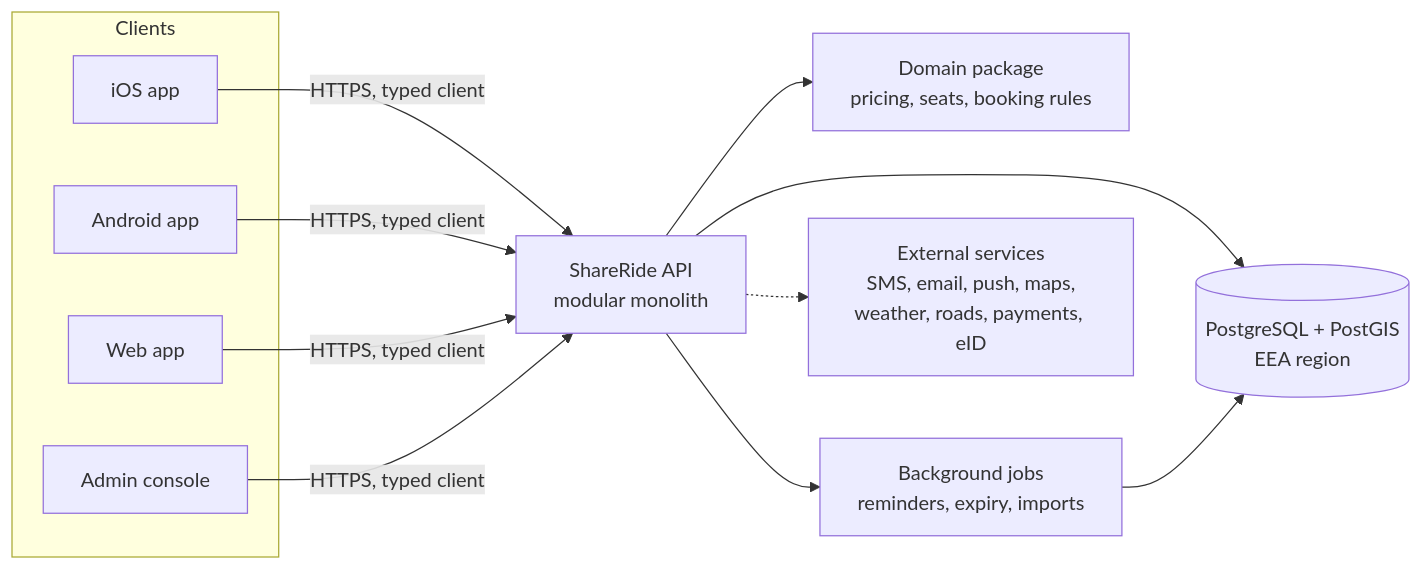
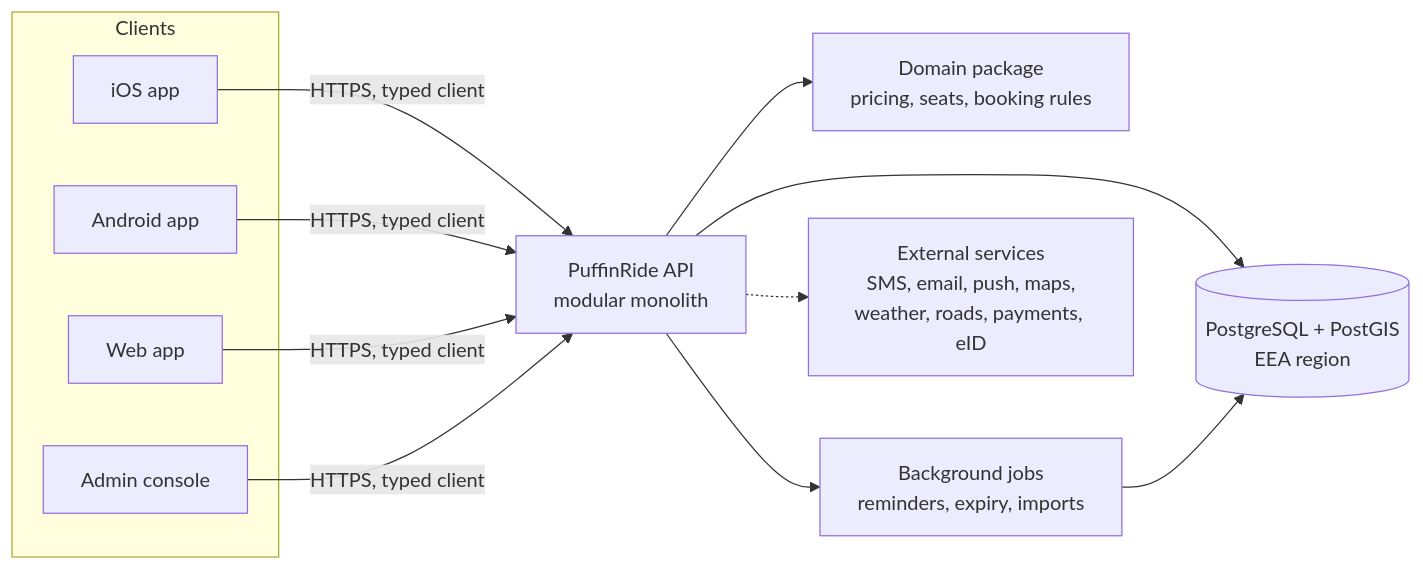
One commit to safarcikm/ShareRide changed the diagram in docs/strategy/development-strategy.md. Above: the diagram before and after it, drawn with Mermaid. The commit also changed other lines of this file and 24 other files, not shown here.

First line of the commit message:
docs: the living docs and legal drafts say PuffinRide

````diff
--- a/docs/strategy/development-strategy.md
+++ b/docs/strategy/development-strategy.md
@@ -77,15 +77,15 @@
 ```mermaid
 flowchart LR
   subgraph Clients
     A[iOS app]
     B[Android app]
     C[Web app]
     D[Admin console]
   end
-  A & B & C & D -->|HTTPS, typed client| API[ShareRide API<br/>modular monolith]
+  A & B & C & D -->|HTTPS, typed client| API[PuffinRide API<br/>modular monolith]
   API --> DOM[Domain package<br/>pricing, seats, booking rules]
   API --> DB[(PostgreSQL + PostGIS<br/>EEA region)]
   API --> JOBS[Background jobs<br/>reminders, expiry, imports]
   JOBS --> DB
   API -.-> EXT[External services<br/>SMS, email, push, maps,<br/>weather, roads, payments, eID]
 ```
````
